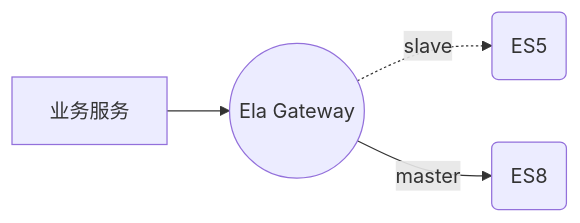
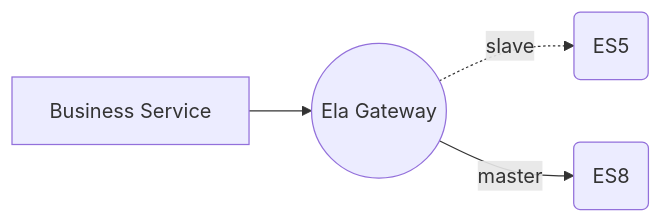
The fourth of 5 diagrams in manual/en/01-Elasticsearch Data Migration Overall Solution.md (CharellKing/ela), drawn with Mermaid before and after one commit. The commit also changed other lines of this file and 1 other file, not shown here.

````diff
--- a/manual/en/01-Elasticsearch Data Migration Overall Solution.md
+++ b/manual/en/01-Elasticsearch Data Migration Overall Solution.md
@@ -75,6 +75,6 @@
 ```mermaid
 flowchart LR
-    A[业务服务] --> B((Ela Gateway))
+    A[Business Service] --> B((Ela Gateway))
     B -.slave-.-> C(ES5)
     B --master--> D(ES8)
 ```
````
